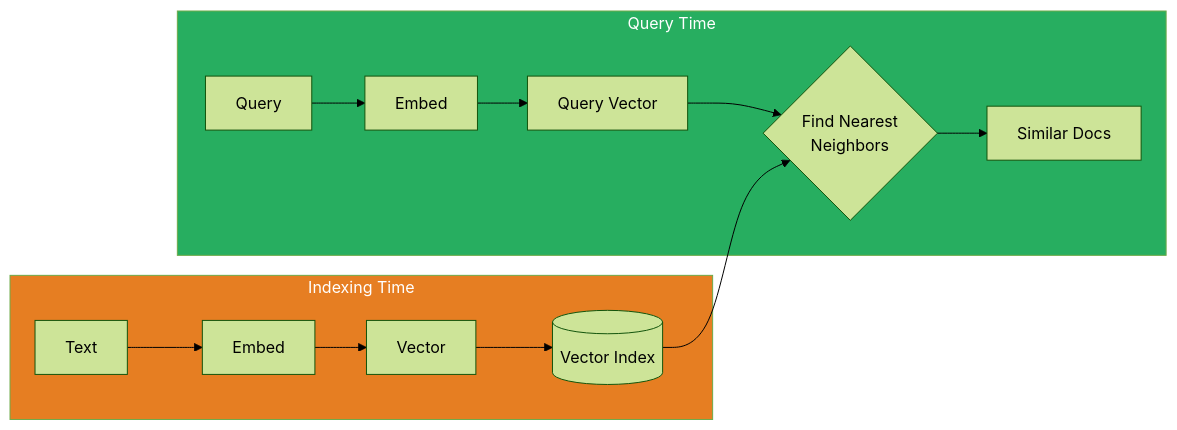
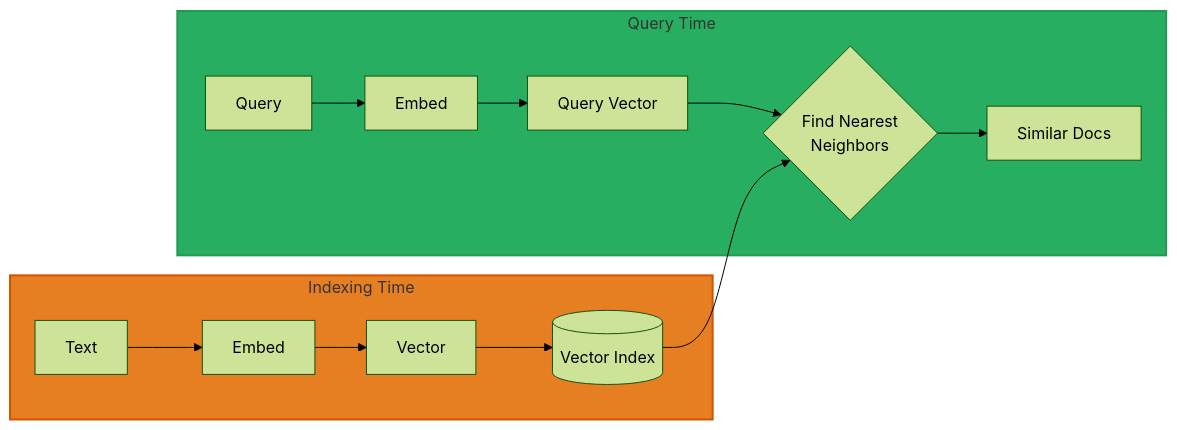
Before and after one commit to sampi02/amanmcp: the fourth of 9 diagrams in docs/concepts/hybrid-search.md, drawn with Mermaid (forest theme). The commit also changed other lines of this file and 59 other files, not shown here.

````diff
--- a/docs/concepts/hybrid-search.md
+++ b/docs/concepts/hybrid-search.md
@@ -163,17 +213,17 @@
 ```mermaid
 flowchart LR
     subgraph Index["Indexing Time"]
         T1[Text] --> E1[Embed] --> V1[Vector]
         V1 --> Store[(Vector Index)]
     end
 
     subgraph Query["Query Time"]
         Q[Query] --> E2[Embed] --> QV[Query Vector]
         QV --> Search{Find Nearest<br/>Neighbors}
         Store --> Search
         Search --> Results[Similar Docs]
     end
 
-    style Index fill:#e67e22,color:#fff
-    style Query fill:#27ae60,color:#fff
+    style Index fill:#e67e22,stroke:#d35400,stroke-width:2px
+    style Query fill:#27ae60,stroke:#229954,stroke-width:2px
 ```
````
